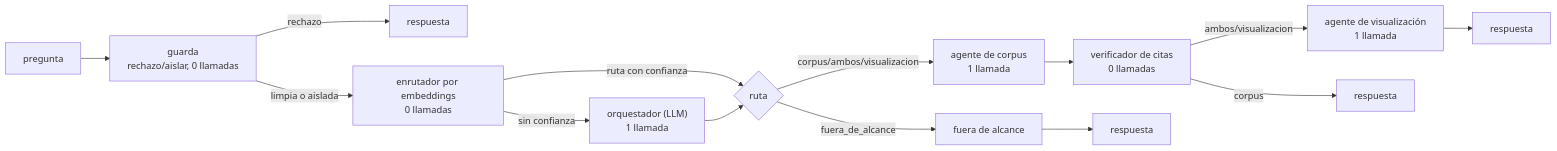
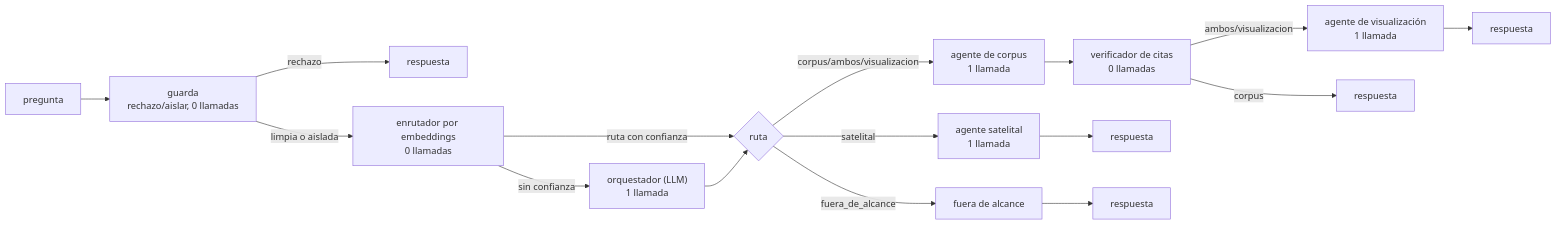
Before and after one commit to JuanMCanchala/codefest-adastra: the diagram in docs/ARQUITECTURA.md, drawn with Mermaid. The commit also changed other lines of this file and 2 other files, not shown here.

First line of the commit message:
Declara el agente satelital en la ficha y en la arquitectura

````diff
--- a/docs/ARQUITECTURA.md
+++ b/docs/ARQUITECTURA.md
@@ -34,16 +34,18 @@
 ```mermaid
 flowchart LR
     Q[pregunta] --> G["guarda<br/>rechazo/aislar, 0 llamadas"]
     G -- rechazo --> FIN1[respuesta]
     G -- limpia o aislada --> E["enrutador por embeddings<br/>0 llamadas"]
     E -- ruta con confianza --> D{ruta}
     E -- sin confianza --> O["orquestador (LLM)<br/>1 llamada"]
     O --> D
     D -- corpus/ambos/visualizacion --> C["agente de corpus<br/>1 llamada"]
+    D -- satelital --> S["agente satelital<br/>1 llamada"]
     D -- fuera_de_alcance --> F[fuera de alcance]
     C --> VER["verificador de citas<br/>0 llamadas"]
     VER -- ambos/visualizacion --> V["agente de visualización<br/>1 llamada"]
     VER -- corpus --> FIN2[respuesta]
     V --> FIN3[respuesta]
-    F --> FIN4[respuesta]
+    S --> FIN4[respuesta]
+    F --> FIN5[respuesta]
 ```
````
